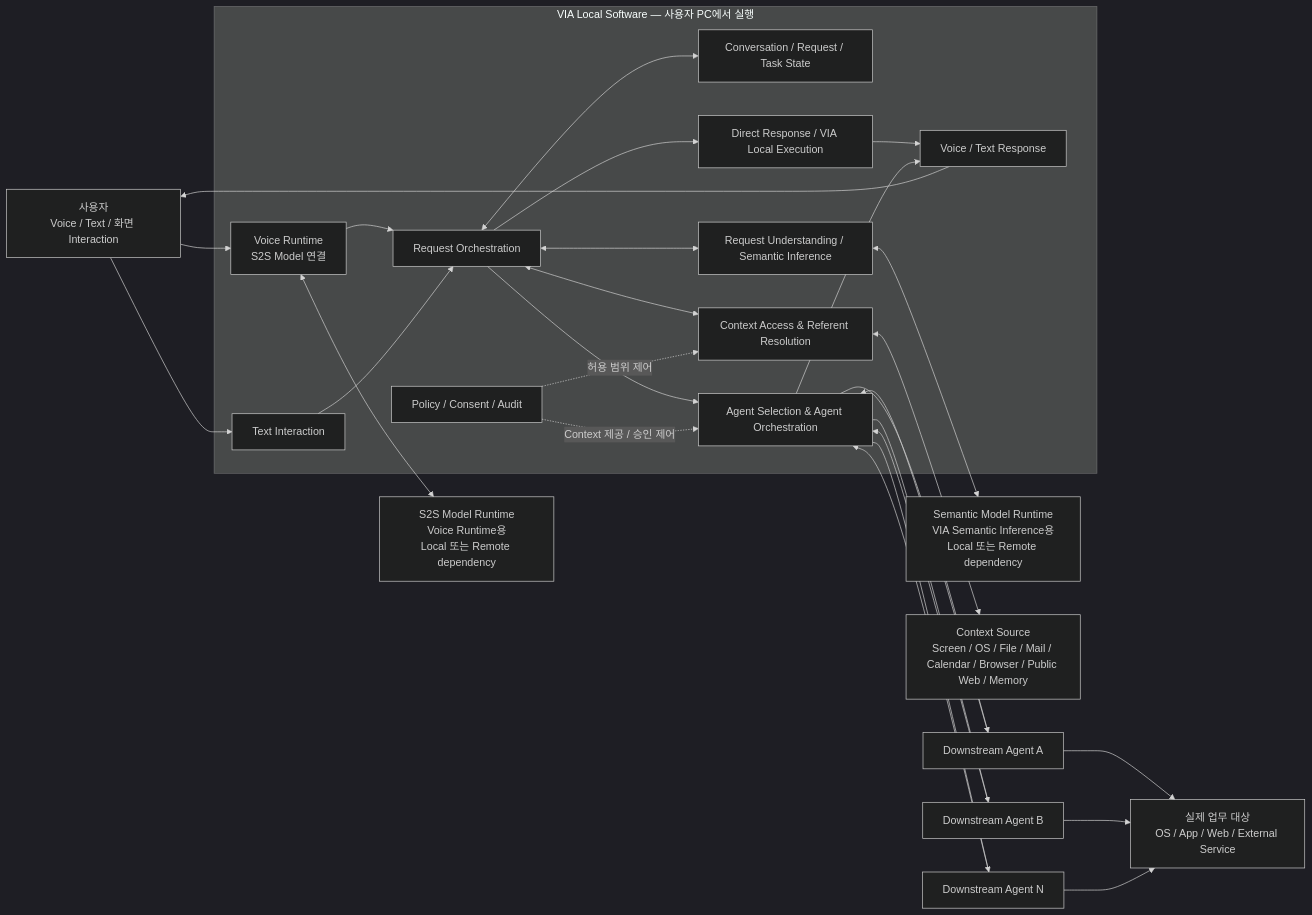
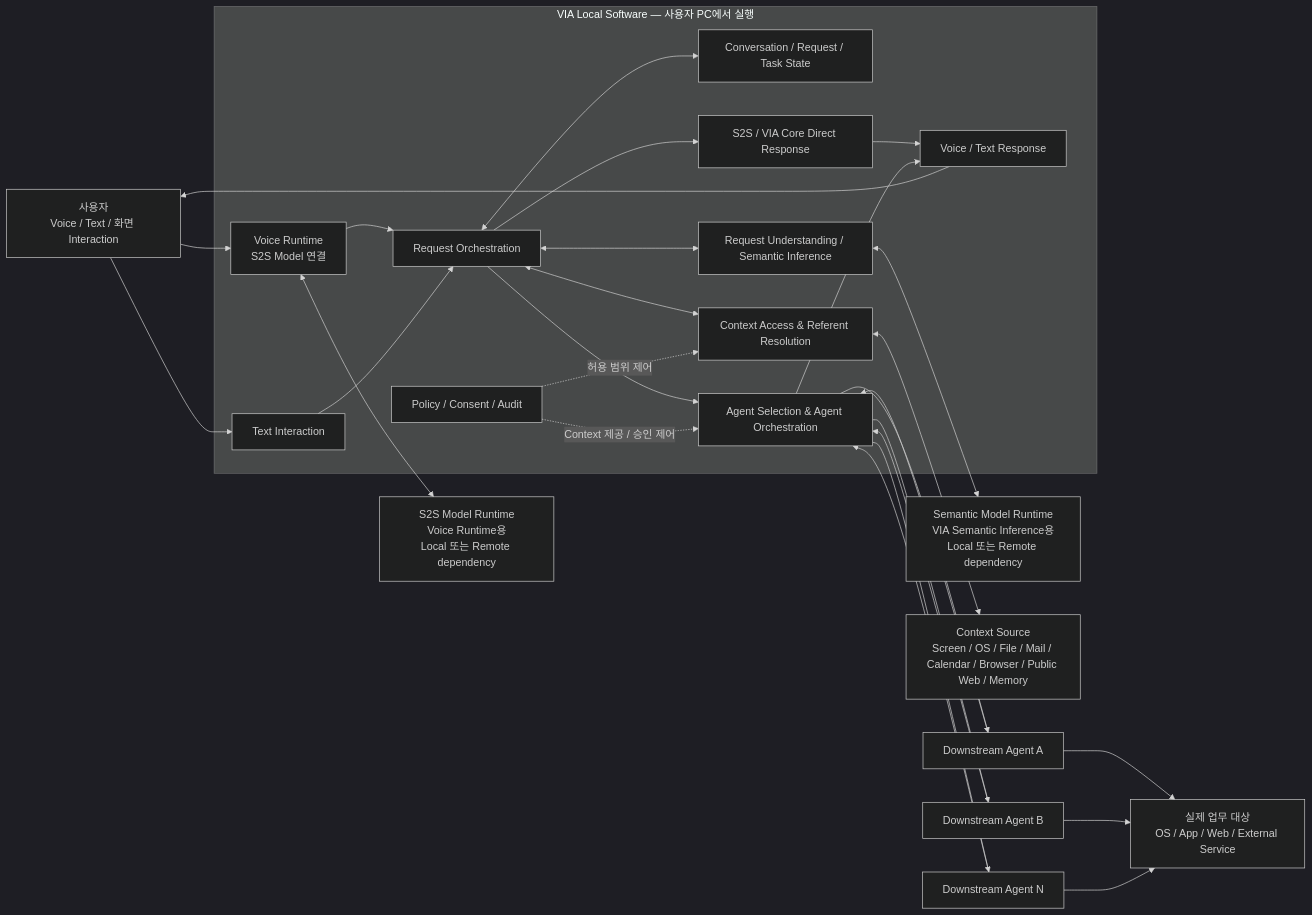
Before and after one commit to cbyche/via-sw-architecture: the diagram in docs/rebaseline/03-fixed-architecture-scope.md, drawn with Mermaid (dark theme). The commit also changed other lines of this file, not shown here.

Commit message:
docs: remove fixed VIA local execution path

````diff
--- a/docs/rebaseline/03-fixed-architecture-scope.md
+++ b/docs/rebaseline/03-fixed-architecture-scope.md
@@ -36,61 +37,62 @@
 ```mermaid
 flowchart LR
     U["사용자<br/>Voice / Text / 화면 Interaction"]
 
     subgraph VIA["VIA Local Software — 사용자 PC에서 실행"]
         VR["Voice Runtime<br/>S2S Model 연결"]
         TI["Text Interaction"]
         CS["Conversation / Request / Task State"]
         CX["Context Access & Referent Resolution"]
         SI["Request Understanding / Semantic Inference"]
         RO["Request Orchestration"]
-        DR["Direct Response / VIA Local Execution"]
+        DR["S2S / VIA Core Direct Response"]
         AO["Agent Selection & Agent Orchestration"]
         RESP["Voice / Text Response"]
         POL["Policy / Consent / Audit"]
     end
 
     S2S["S2S Model Runtime<br/>Voice Runtime용<br/>Local 또는 Remote dependency"]
     SEM["Semantic Model Runtime<br/>VIA Semantic Inference용<br/>Local 또는 Remote dependency"]
     CTX["Context Source<br/>Screen / OS / File / Mail / Calendar / Browser / Public Web / Memory"]
 
     A1["Downstream Agent A"]
     A2["Downstream Agent B"]
     AN["Downstream Agent N"]
 
     TARGET["실제 업무 대상<br/>OS / App / Web / External Service"]
 
     U --> VR
     U --> TI
+    VR <--> S2S
+
     VR --> RO
     TI --> RO
 
     RO <--> CS
     RO <--> CX
     RO <--> SI
     RO --> DR
     RO --> AO
 
     CX <--> CTX
-    VR <--> S2S
     SI <--> SEM
 
     POL -. "허용 범위 제어" .-> CX
     POL -. "Context 제공 / 승인 제어" .-> AO
 
     AO --> A1
     AO --> A2
     AO --> AN
 
     A1 --> TARGET
     A2 --> TARGET
     AN --> TARGET
 
     A1 --> AO
     A2 --> AO
     AN --> AO
 
     DR --> RESP
     AO --> RESP
     RESP --> U
 ```
````
